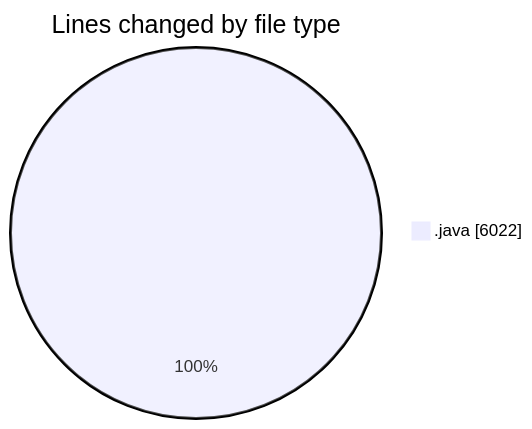
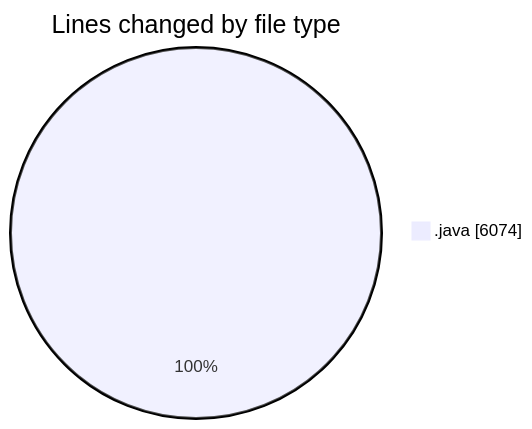
Before and after one commit to ricardozamudiocil/code-tracking: the first of 2 diagrams in 2026-05-05/cilapp/README.md, drawn with Mermaid. The commit also changed other lines of this file and 1 other file, not shown here.

````diff
--- a/2026-05-05/cilapp/README.md
+++ b/2026-05-05/cilapp/README.md
@@ -26,5 +26,5 @@
 ```mermaid
 pie showData
 title Lines changed by file type
-".java" : 6022
+".java" : 6074
 ```
````
